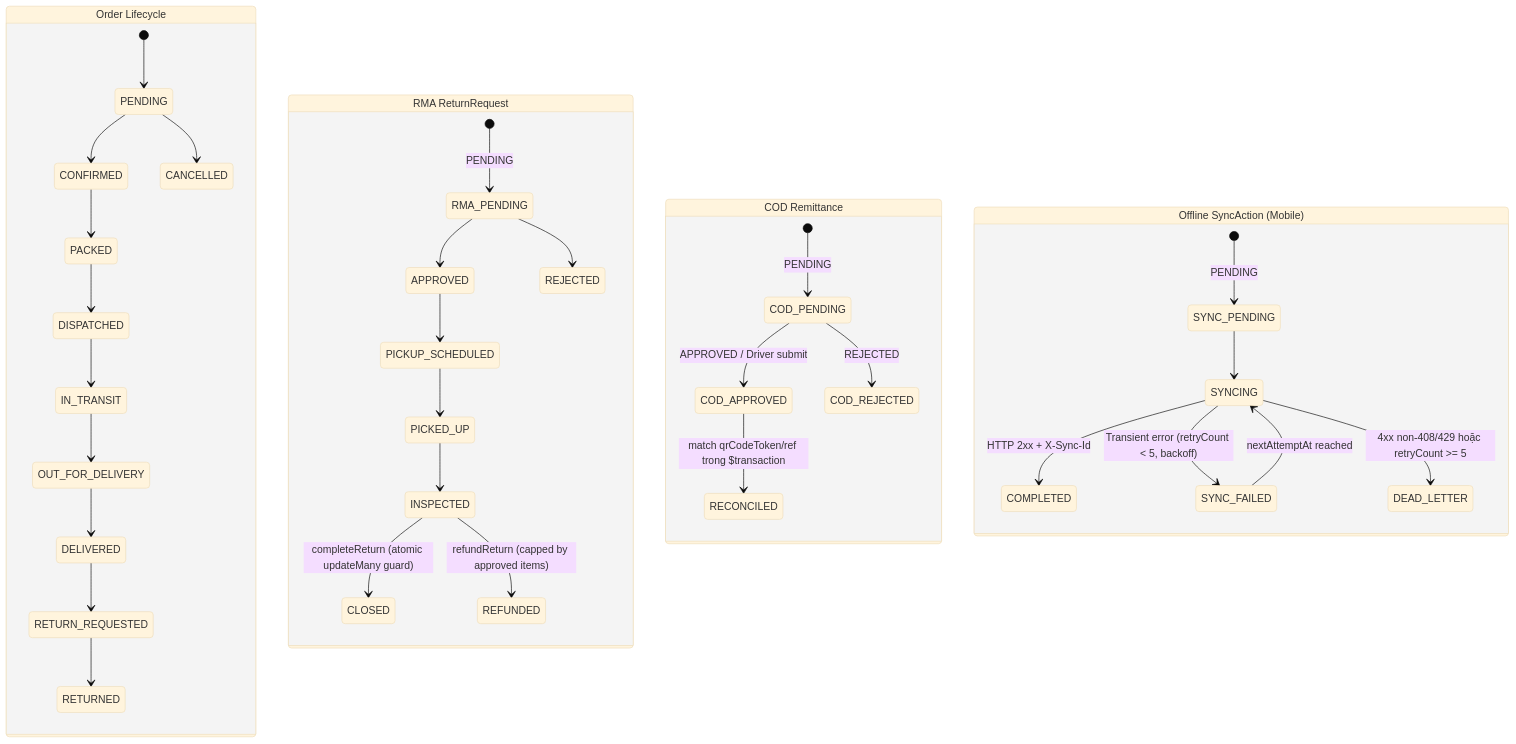
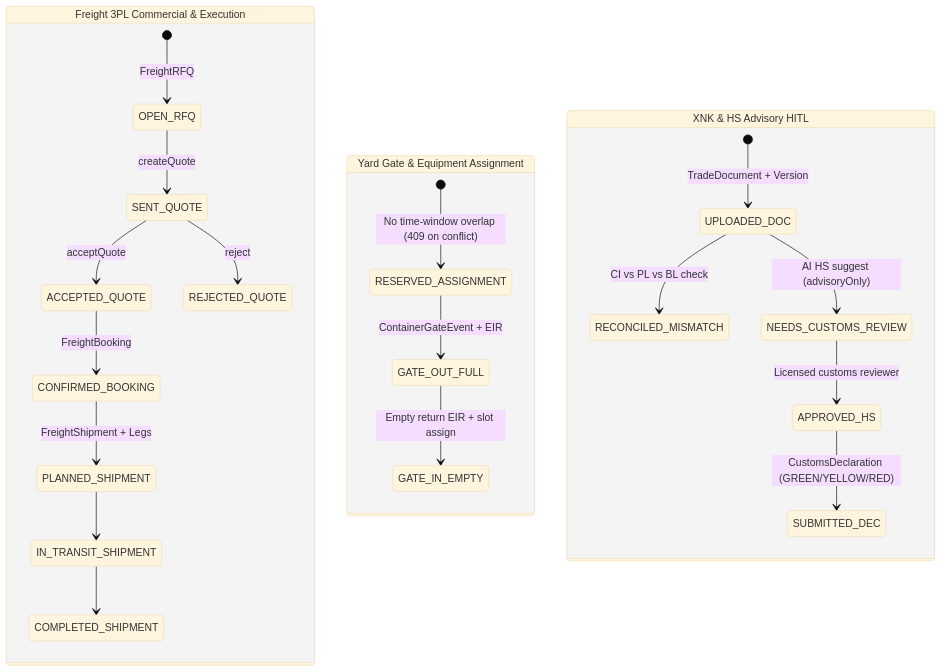
One commit to lovemvaf/Logistic_AI_SaaS changed the fourth of 4 diagrams in docs/architecture-and-erd.md. Above: the diagram before and after it, drawn with Mermaid (base theme). The commit also changed other lines of this file and 21 other files, not shown here.

Commit message:
docs,ci(g7): synchronize enterprise architecture, B3-B4 dossier, CI tests & coverage

````diff
--- a/docs/architecture-and-erd.md
+++ b/docs/architecture-and-erd.md
@@ -191,42 +212,27 @@
 ```mermaid
 stateDiagram-v2
-  state "Order Lifecycle" as O {
-    [*] --> PENDING
-    PENDING --> CONFIRMED
-    CONFIRMED --> PACKED
-    PACKED --> DISPATCHED
-    DISPATCHED --> IN_TRANSIT
-    IN_TRANSIT --> OUT_FOR_DELIVERY
-    OUT_FOR_DELIVERY --> DELIVERED
-    PENDING --> CANCELLED
-    DELIVERED --> RETURN_REQUESTED
-    RETURN_REQUESTED --> RETURNED
+  state "Freight 3PL Commercial & Execution" as FR {
+    [*] --> OPEN_RFQ: FreightRFQ
+    OPEN_RFQ --> SENT_QUOTE: createQuote
+    SENT_QUOTE --> ACCEPTED_QUOTE: acceptQuote
+    SENT_QUOTE --> REJECTED_QUOTE: reject
+    ACCEPTED_QUOTE --> CONFIRMED_BOOKING: FreightBooking
+    CONFIRMED_BOOKING --> PLANNED_SHIPMENT: FreightShipment + Legs
+    PLANNED_SHIPMENT --> IN_TRANSIT_SHIPMENT
+    IN_TRANSIT_SHIPMENT --> COMPLETED_SHIPMENT
   }
 
-  state "RMA ReturnRequest" as RMA {
-    [*] --> RMA_PENDING: PENDING
-    RMA_PENDING --> APPROVED
-    RMA_PENDING --> REJECTED
-    APPROVED --> PICKUP_SCHEDULED
-    PICKUP_SCHEDULED --> PICKED_UP
-    PICKED_UP --> INSPECTED
-    INSPECTED --> CLOSED: completeReturn (atomic updateMany guard)
-    INSPECTED --> REFUNDED: refundReturn (capped by approved items)
+  state "Yard Gate & Equipment Assignment" as YD {
+    [*] --> RESERVED_ASSIGNMENT: No time-window overlap (409 on conflict)
+    RESERVED_ASSIGNMENT --> GATE_OUT_FULL: ContainerGateEvent + EIR
+    GATE_OUT_FULL --> GATE_IN_EMPTY: Empty return EIR + slot assign
   }
 
-  state "COD Remittance" as COD {
-    [*] --> COD_PENDING: PENDING
-    COD_PENDING --> COD_APPROVED: APPROVED / Driver submit
-    COD_APPROVED --> RECONCILED: match qrCodeToken/ref trong $transaction
-    COD_PENDING --> COD_REJECTED: REJECTED
-  }
-
-  state "Offline SyncAction (Mobile)" as SYNC {
-    [*] --> SYNC_PENDING: PENDING
-    SYNC_PENDING --> SYNCING
-    SYNCING --> COMPLETED: HTTP 2xx + X-Sync-Id
-    SYNCING --> SYNC_FAILED: Transient error (retryCount < 5, backoff)
-    SYNC_FAILED --> SYNCING: nextAttemptAt reached
-    SYNCING --> DEAD_LETTER: 4xx non-408/429 hoặc retryCount >= 5
+  state "XNK & HS Advisory HITL" as XNK {
+    [*] --> UPLOADED_DOC: TradeDocument + Version
+    UPLOADED_DOC --> RECONCILED_MISMATCH: CI vs PL vs BL check
+    UPLOADED_DOC --> NEEDS_CUSTOMS_REVIEW: AI HS suggest (advisoryOnly)
+    NEEDS_CUSTOMS_REVIEW --> APPROVED_HS: Licensed customs reviewer
+    APPROVED_HS --> SUBMITTED_DEC: CustomsDeclaration (GREEN/YELLOW/RED)
   }
 ```
````
